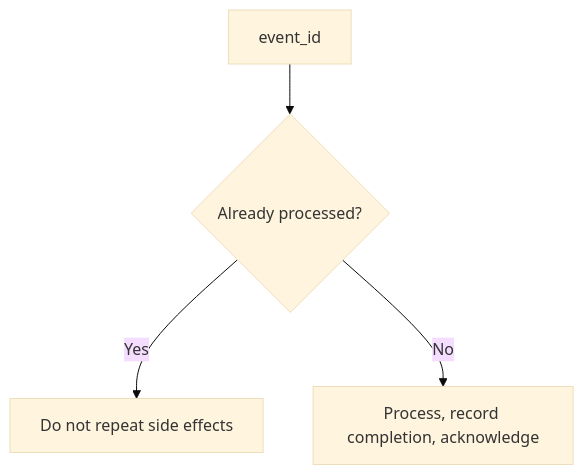
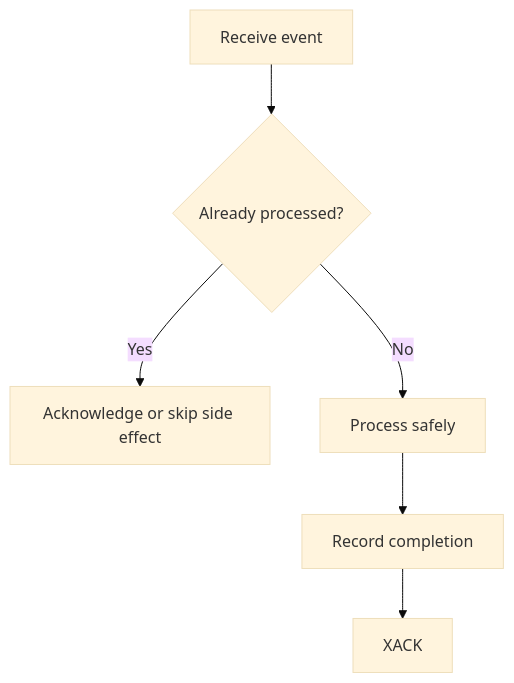
The third of 3 diagrams in src/content/caching/redis-data-structures.md (AvadhBhalodiya/Interview-Preparation), drawn with Mermaid (base theme) before and after one commit. The commit also changed other lines of this file and 54 other files, not shown here.

````diff
--- a/src/content/caching/redis-data-structures.md
+++ b/src/content/caching/redis-data-structures.md
@@ -694,6 +529,8 @@
 ```mermaid
 flowchart TD
-    E[event_id] --> Q{Already processed?}
-    Q -->|Yes| S[Do not repeat side effects]
-    Q -->|No| P["Process, record completion, acknowledge"]
+    E[Receive event] --> C{Already processed?}
+    C -->|Yes| A[Acknowledge or skip side effect]
+    C -->|No| P[Process safely]
+    P --> R[Record completion]
+    R --> X[XACK]
 ```
````
